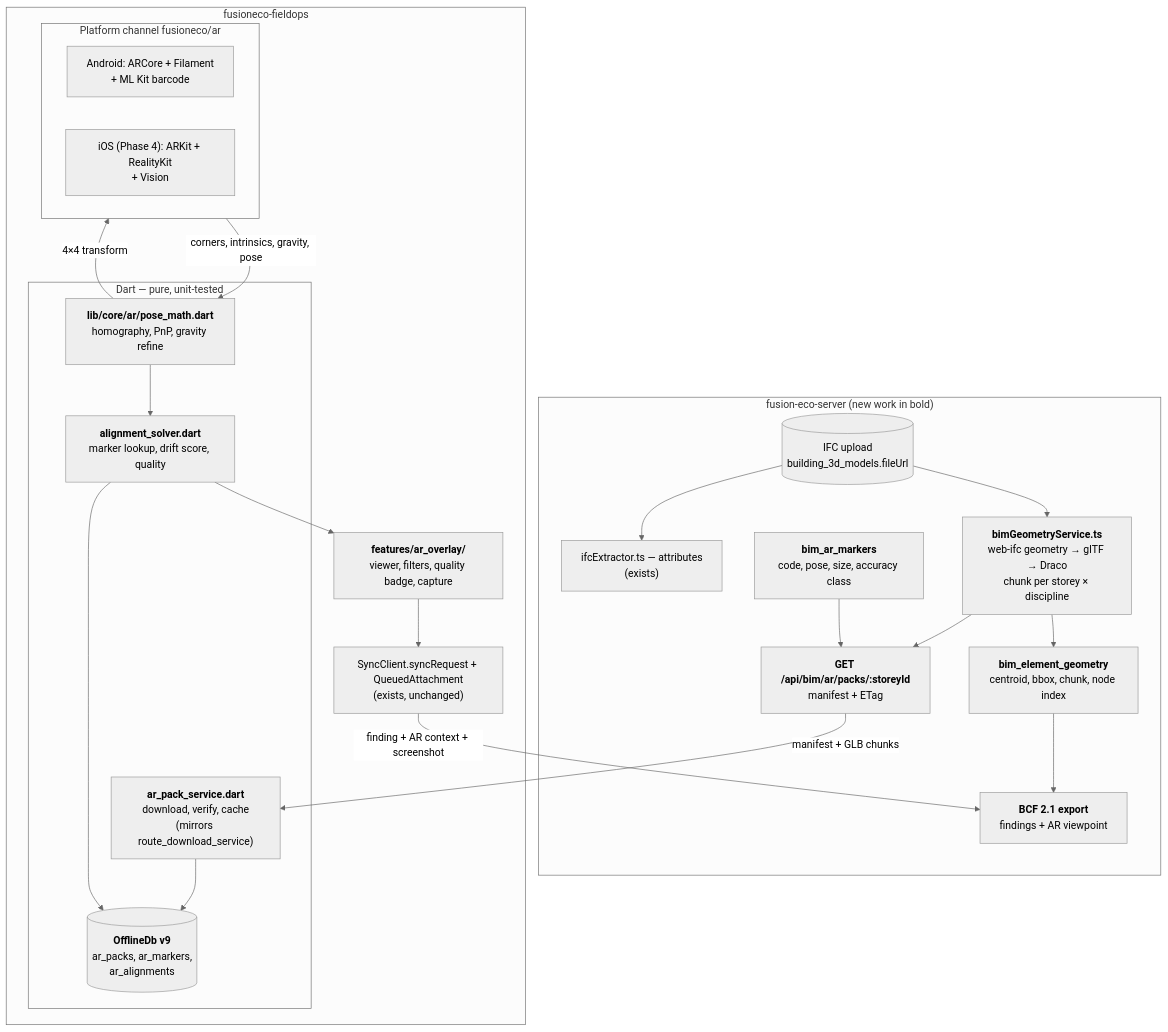
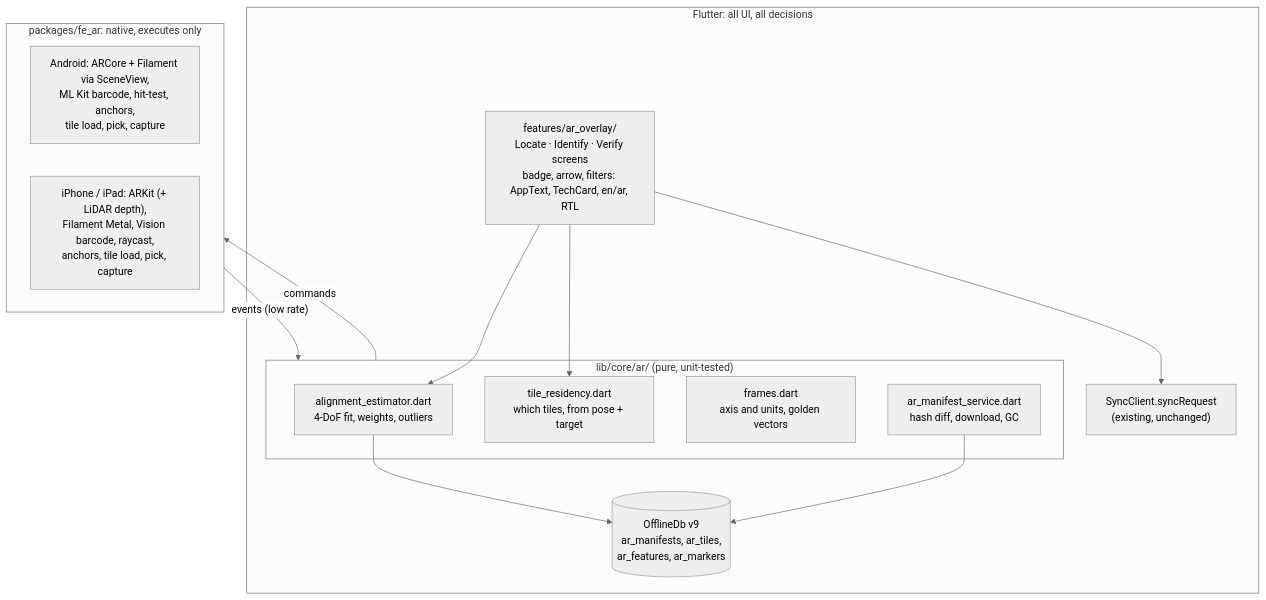
The fourth of 6 diagrams in docs/ar-bim-overlay.md (ManivasagamP/tech_portal), drawn with Mermaid (neutral theme) before and after one commit. The commit also changed other lines of this file and 2 other files, not shown here.

First line of the commit message:
docs: AR plan v3 — native on Android, iPhone and iPad

````diff
--- a/docs/ar-bim-overlay.md
+++ b/docs/ar-bim-overlay.md
@@ -219,39 +376,25 @@
 ```mermaid
 flowchart TB
-  subgraph Server["fusion-eco-server (new work in bold)"]
-    IFC[("IFC upload<br/>building_3d_models.fileUrl")]
-    EXT["ifcExtractor.ts — attributes<br/>(exists)"]
-    GEO["<b>bimGeometryService.ts</b><br/>web-ifc geometry → glTF → Draco<br/>chunk per storey × discipline"]
-    IDX["<b>bim_element_geometry</b><br/>centroid, bbox, chunk, node index"]
-    MRK["<b>bim_ar_markers</b><br/>code, pose, size, accuracy class"]
-    PACK["<b>GET /api/bim/ar/packs/:storeyId</b><br/>manifest + ETag"]
-    BCF["<b>BCF 2.1 export</b><br/>findings + AR viewpoint"]
-    IFC --> EXT
-    IFC --> GEO --> IDX
-    GEO --> PACK
-    MRK --> PACK
-    IDX --> BCF
-  end
-  subgraph App["fusioneco-fieldops"]
-    subgraph Dart["Dart — pure, unit-tested"]
-      MATH["<b>lib/core/ar/pose_math.dart</b><br/>homography, PnP, gravity refine"]
-      ALIGN["<b>alignment_solver.dart</b><br/>marker lookup, drift score, quality"]
-      PACKD["<b>ar_pack_service.dart</b><br/>download, verify, cache<br/>(mirrors route_download_service)"]
-      STORE[("<b>OfflineDb v9</b><br/>ar_packs, ar_markers,<br/>ar_alignments")]
-      PACKD --> STORE
-      ALIGN --> STORE
+  subgraph Flutter["Flutter: all UI, all decisions"]
+    UI["features/ar_overlay/<br/>Locate · Identify · Verify screens<br/>badge, arrow, filters: AppText, TechCard, en/ar, RTL"]
+    subgraph Core["lib/core/ar/ (pure, unit-tested)"]
+      EST["alignment_estimator.dart<br/>4-DoF fit, weights, outliers"]
+      RES["tile_residency.dart<br/>which tiles, from pose + target"]
+      FR["frames.dart<br/>axis and units, golden vectors"]
+      PK["ar_manifest_service.dart<br/>hash diff, download, GC"]
     end
-    subgraph Native["Platform channel fusioneco/ar"]
-      AND["Android: ARCore + Filament<br/>+ ML Kit barcode"]
-      IOS["iOS (Phase 4): ARKit + RealityKit<br/>+ Vision"]
-    end
-    UI["<b>features/ar_overlay/</b><br/>viewer, filters, quality badge, capture"]
-    SYNC["SyncClient.syncRequest + QueuedAttachment<br/>(exists, unchanged)"]
-    MATH --> ALIGN --> UI
-    Native -- "corners, intrinsics, gravity, pose" --> MATH
-    MATH -- "4×4 transform" --> Native
+    ST[("OfflineDb v9<br/>ar_manifests, ar_tiles,<br/>ar_features, ar_markers")]
+    SYNC["SyncClient.syncRequest<br/>(existing, unchanged)"]
+    UI --> EST
+    UI --> RES
+    PK --> ST
+    EST --> ST
     UI --> SYNC
   end
-  PACK -- "manifest + GLB chunks" --> PACKD
-  SYNC -- "finding + AR context + screenshot" --> BCF
+  subgraph Plugin["packages/fe_ar: native, executes only"]
+    AND["Android: ARCore + Filament via SceneView,<br/>ML Kit barcode, hit-test, anchors,<br/>tile load, pick, capture"]
+    IOS["iPhone / iPad: ARKit (+ LiDAR depth),<br/>Filament Metal, Vision barcode, raycast,<br/>anchors, tile load, pick, capture"]
+  end
+  Core -- "commands" --> Plugin
+  Plugin -- "events (low rate)" --> Core
 ```
````
